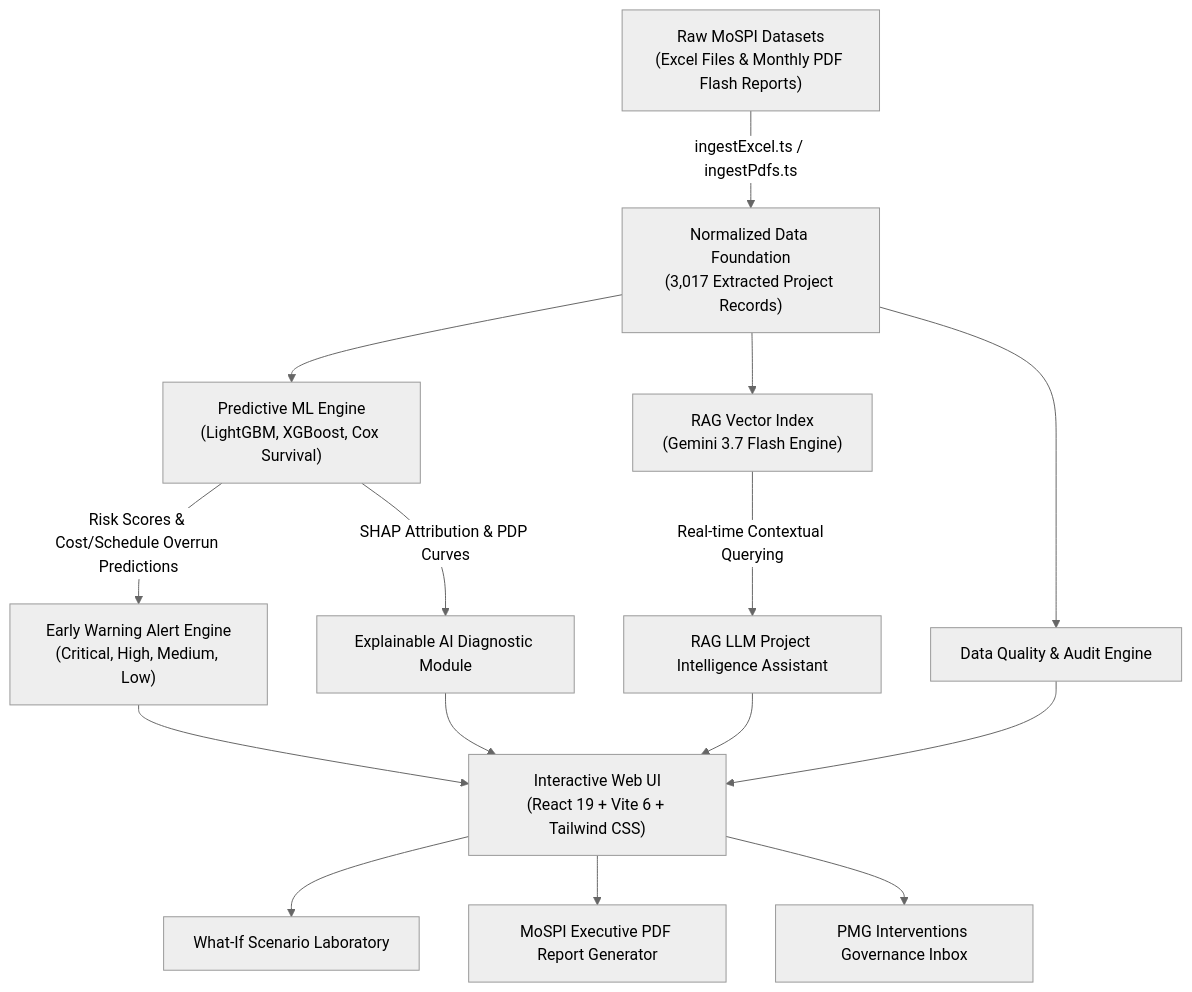
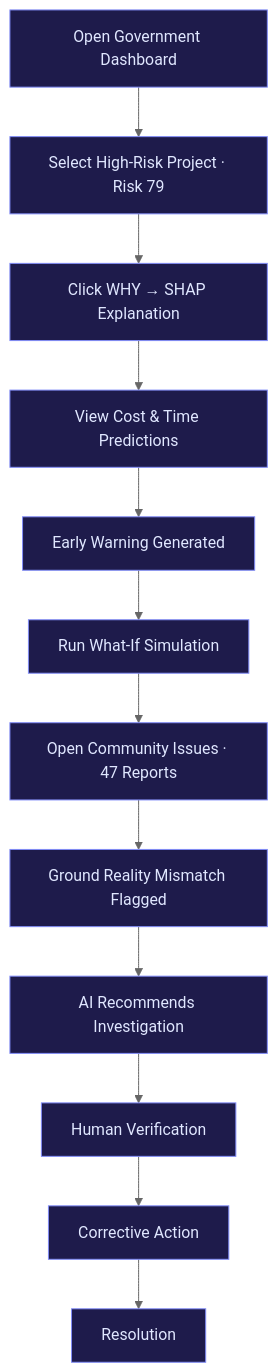
One commit to udayy11/sih2026 changed diagram 14 of 14 in README.md. Above: the diagram before and after it, drawn with Mermaid (neutral theme). The commit also changed other lines of this file, not shown here.

````diff
--- a/README.md
+++ b/README.md
@@ -42,22 +584,15 @@
 ```mermaid
-graph TD
-    A["Raw MoSPI Datasets<br/>(Excel Files & Monthly PDF Flash Reports)"] -->|ingestExcel.ts / ingestPdfs.ts| B["Normalized Data Foundation<br/>(3,017 Extracted Project Records)"]
-    
-    B --> C["Predictive ML Engine<br/>(LightGBM, XGBoost, Cox Survival)"]
-    B --> D["RAG Vector Index<br/>(Gemini 3.7 Flash Engine)"]
-    B --> E["Data Quality & Audit Engine"]
+flowchart TD
+    A[Open Government Dashboard] --> B["Select High-Risk Project · Risk 79"]
+    B --> C[Click WHY → SHAP Explanation]
+    C --> D[View Cost & Time Predictions]
+    D --> E[Early Warning Generated]
+    E --> F[Run What-If Simulation]
+    F --> G["Open Community Issues · 47 Reports"]
+    G --> H[Ground Reality Mismatch Flagged]
+    H --> I[AI Recommends Investigation]
+    I --> J[Human Verification] --> K[Corrective Action] --> L[Resolution]
 
-    C -->|Risk Scores & Cost/Schedule Overrun Predictions| F["Early Warning Alert Engine<br/>(Critical, High, Medium, Low)"]
-    C -->|SHAP Attribution & PDP Curves| G["Explainable AI Diagnostic Module"]
-    
-    D -->|Real-time Contextual Querying| H["RAG LLM Project Intelligence Assistant"]
-    
-    F --> I["Interactive Web UI<br/>(React 19 + Vite 6 + Tailwind CSS)"]
-    G --> I
-    H --> I
-    E --> I
-
-    I --> J["What-If Scenario Laboratory"]
-    I --> K["MoSPI Executive PDF Report Generator"]
-    I --> L["PMG Interventions Governance Inbox"]
+    classDef s fill:#1e1b4b,stroke:#818cf8,color:#e0e7ff
+    class A,B,C,D,E,F,G,H,I,J,K,L s
 ```
````
